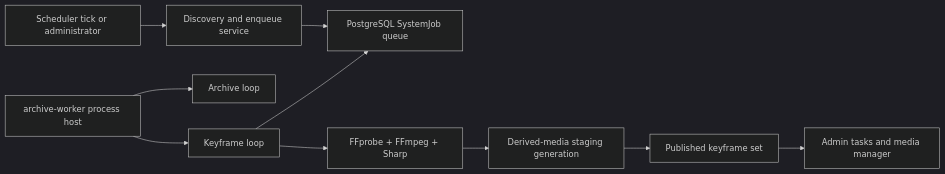
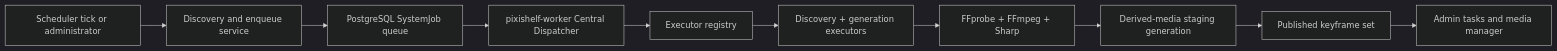
The diagram in docs/design/video-keyframe-generation.md (namehu/PixiShelf), drawn with Mermaid (dark theme) before and after one commit. The commit also changed other lines of this file and 81 other files, not shown here.

````diff
--- a/docs/design/video-keyframe-generation.md
+++ b/docs/design/video-keyframe-generation.md
@@ -79,18 +79,17 @@
 ```mermaid
 flowchart LR
   Scheduler["Scheduler tick or administrator"]
   Discovery["Discovery and enqueue service"]
   Jobs["PostgreSQL SystemJob queue"]
-  Host["archive-worker process host"]
-  ArchiveLoop["Archive loop"]
-  KeyframeLoop["Keyframe loop"]
+  Host["pixishelf-worker Central Dispatcher"]
+  Registry["Executor registry"]
+  KeyframeExecutors["Discovery + generation executors"]
   Extractor["FFprobe + FFmpeg + Sharp"]
   Staging["Derived-media staging generation"]
   Published["Published keyframe set"]
   Admin["Admin tasks and media manager"]
 
   Scheduler --> Discovery --> Jobs
-  Host --> ArchiveLoop
-  Host --> KeyframeLoop --> Jobs
-  KeyframeLoop --> Extractor --> Staging --> Published --> Admin
+  Jobs --> Host --> Registry --> KeyframeExecutors
+  KeyframeExecutors --> Extractor --> Staging --> Published --> Admin
 ```
````
